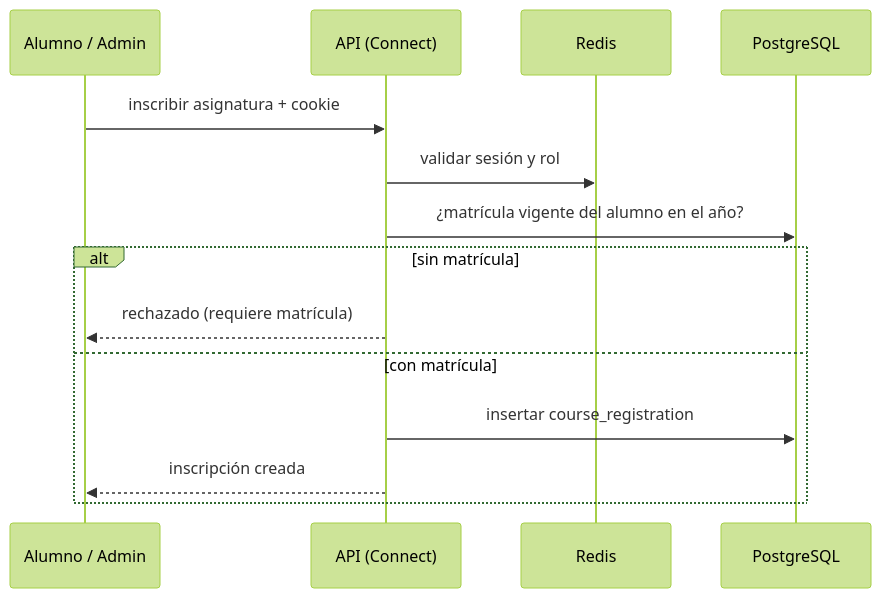
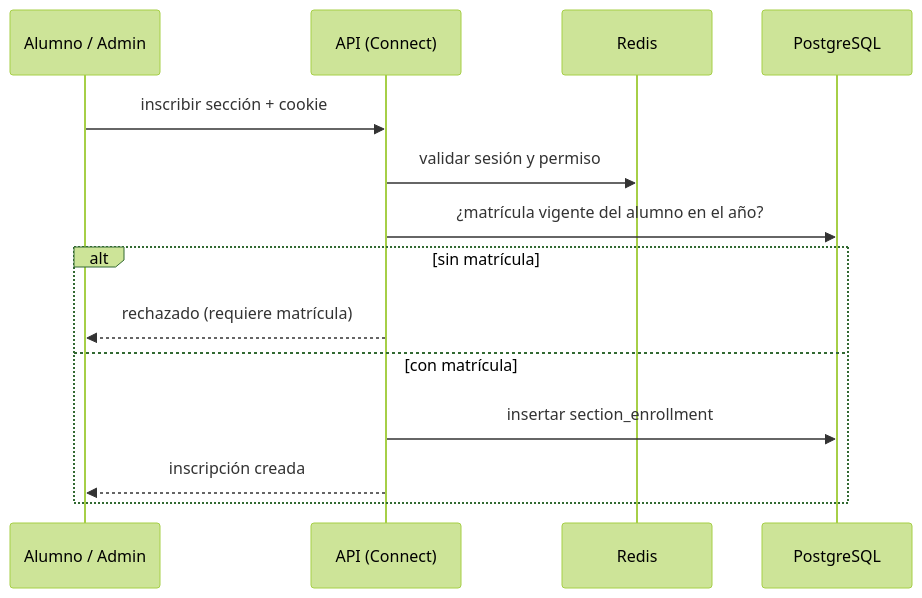
One commit to AlessandroRLM/infraestructura-y-servicios-cloud changed the seventh of 10 diagrams in docs/arquitectura/README.md. Above: the diagram before and after it, drawn with Mermaid (forest theme). The commit also changed other lines of this file, not shown here.

````diff
--- a/docs/arquitectura/README.md
+++ b/docs/arquitectura/README.md
@@ -446,17 +488,17 @@
 ```mermaid
 sequenceDiagram
     participant U as Alumno / Admin
     participant A as API (Connect)
     participant R as Redis
     participant P as PostgreSQL
 
-    U->>A: inscribir asignatura + cookie
-    A->>R: validar sesión y rol
+    U->>A: inscribir sección + cookie
+    A->>R: validar sesión y permiso
     A->>P: ¿matrícula vigente del alumno en el año?
     alt sin matrícula
         A-->>U: rechazado (requiere matrícula)
     else con matrícula
-        A->>P: insertar course_registration
+        A->>P: insertar section_enrollment
         A-->>U: inscripción creada
     end
 ```
````
